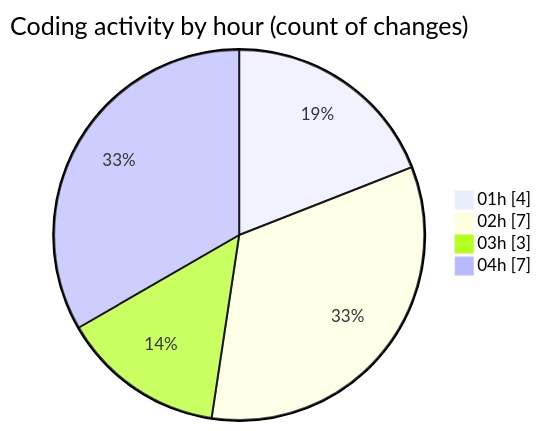
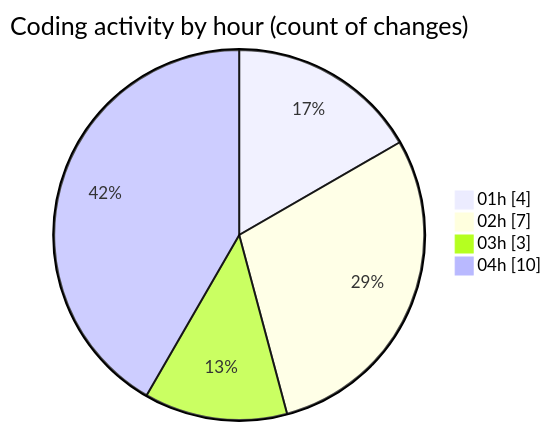
One commit to jrari/code-tracking changed the second of 2 diagrams in 2025-07-15/telebot/README.md. Above: the diagram before and after it, drawn with Mermaid. The commit also changed other lines of this file and 1 other file, not shown here.

````diff
--- a/2025-07-15/telebot/README.md
+++ b/2025-07-15/telebot/README.md
@@ -33,8 +36,8 @@
 ```mermaid
 pie showData
 title Coding activity by hour (count of changes)
 "01h" : 4
 "02h" : 7
 "03h" : 3
-"04h" : 7
+"04h" : 10
 ```
````
